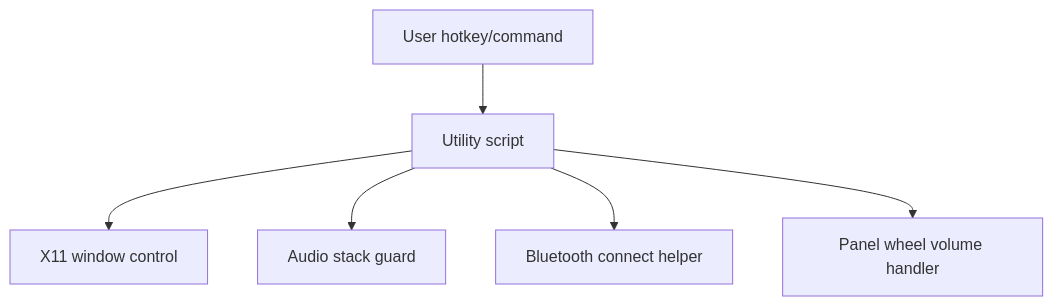
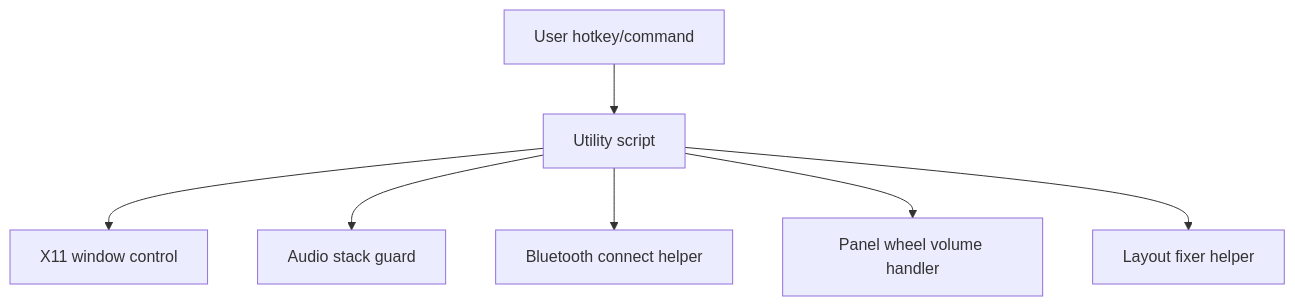
Before and after one commit to DenisArger/DeskPulse: the first of 2 diagrams in README.md, drawn with Mermaid. The commit also changed other lines of this file and 3 other files, not shown here.

````diff
--- a/README.md
+++ b/README.md
@@ -22,8 +24,9 @@
 ```mermaid
 flowchart TD
   A[User hotkey/command] --> B[Utility script]
   B --> C[X11 window control]
   B --> D[Audio stack guard]
   B --> E[Bluetooth connect helper]
   B --> F[Panel wheel volume handler]
+  B --> G[Layout fixer helper]
 ```
````
